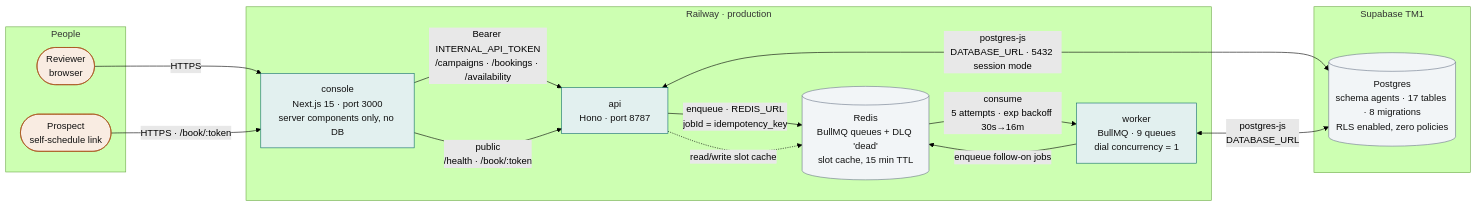
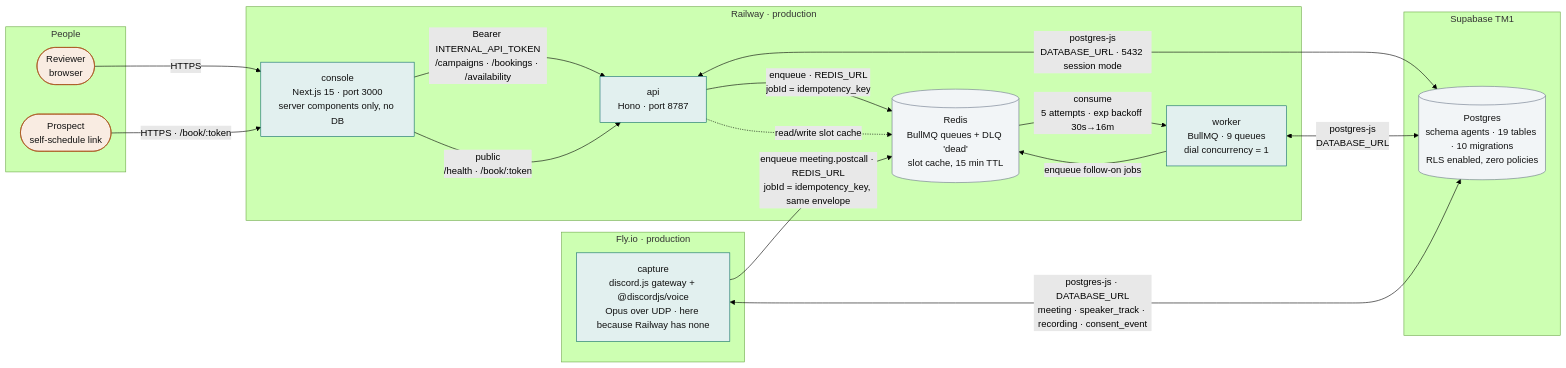
Before and after one commit to MAKaminski/tm-voice: the first of 7 diagrams in docs/ARCHITECTURE.md, drawn with Mermaid (forest theme). The commit also changed other lines of this file and 48 other files, not shown here.

````diff
--- a/docs/ARCHITECTURE.md
+++ b/docs/ARCHITECTURE.md
@@ -23,33 +23,39 @@
 ```mermaid
 flowchart LR
   classDef svc fill:#e2f0ef,stroke:#0e6d6a,color:#111
   classDef store fill:#f2f5f7,stroke:#6b788a,color:#111
   classDef human fill:#f9ece2,stroke:#a8501a,color:#111
 
   subgraph people["People"]
     reviewer(["Reviewer<br/>browser"]):::human
     booker(["Prospect<br/>self-schedule link"]):::human
   end
 
   subgraph railway["Railway · production"]
     console["console<br/>Next.js 15 · port 3000<br/>server components only, no DB"]:::svc
     api["api<br/>Hono · port 8787"]:::svc
     worker["worker<br/>BullMQ · 9 queues<br/>dial concurrency = 1"]:::svc
     redis[("Redis<br/>BullMQ queues + DLQ 'dead'<br/>slot cache, 15 min TTL")]:::store
   end
 
+  subgraph fly["Fly.io · production"]
+    capture["capture<br/>discord.js gateway + @discordjs/voice<br/>Opus over UDP · here because Railway has none"]:::svc
+  end
+
   subgraph supabase["Supabase TM1"]
-    pg[("Postgres<br/>schema agents · 17 tables · 8 migrations<br/>RLS enabled, zero policies")]:::store
+    pg[("Postgres<br/>schema agents · 19 tables · 10 migrations<br/>RLS enabled, zero policies")]:::store
   end
 
   reviewer -->|"HTTPS"| console
   booker -->|"HTTPS · /book/:token"| console
   console -->|"Bearer INTERNAL_API_TOKEN<br/>/campaigns · /bookings · /availability"| api
   console -->|"public<br/>/health · /book/:token"| api
   api <-->|"postgres-js<br/>DATABASE_URL · 5432 session mode"| pg
   worker <-->|"postgres-js<br/>DATABASE_URL"| pg
   api -->|"enqueue · REDIS_URL<br/>jobId = idempotency_key"| redis
   redis -->|"consume<br/>5 attempts · exp backoff 30s→16m"| worker
   worker -->|"enqueue follow-on jobs"| redis
   api -.->|"read/write slot cache"| redis
+  capture -->|"enqueue meeting.postcall · REDIS_URL<br/>jobId = idempotency_key, same envelope"| redis
+  capture <-->|"postgres-js · DATABASE_URL<br/>meeting · speaker_track · recording · consent_event"| pg
 ```
````
